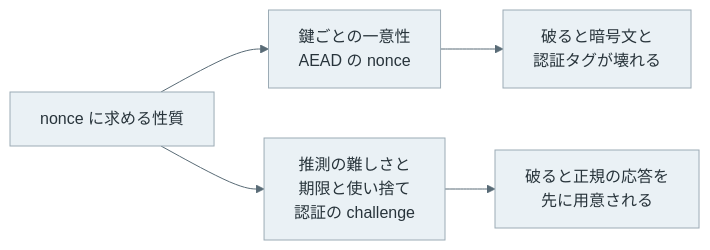
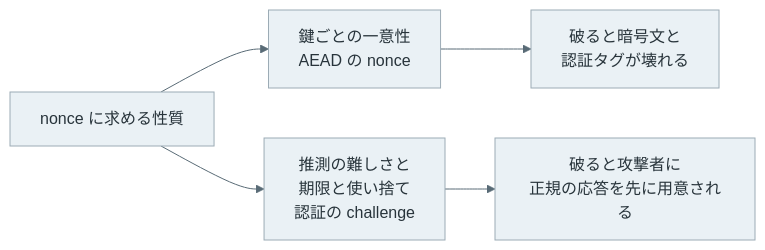
The seventh of 8 diagrams in content/notes/security/nonce/index.md (nao1215/debimate), drawn with Mermaid before and after one commit. The commit also changed other lines of this file and 56 other files, not shown here.

````diff
--- a/content/notes/security/nonce/index.md
+++ b/content/notes/security/nonce/index.md
@@ -197,9 +218,9 @@
 ```mermaid
 %%{init: {"theme":"base","themeVariables":{"primaryColor":"#eaf1f5","primaryTextColor":"#28343b","primaryBorderColor":"#9cabb5","lineColor":"#596b76","textColor":"#28343b","actorBkg":"#eaf1f5","actorBorder":"#9cabb5","actorTextColor":"#28343b","actorLineColor":"#9cabb5","signalColor":"#596b76","signalTextColor":"#28343b","noteBkgColor":"#f7f1e5","noteBorderColor":"#c5b99b","noteTextColor":"#403c32","activationBkgColor":"#edf3ef","activationBorderColor":"#9aafa1"}}}%%
 flowchart LR
     Q["nonce に求める性質"] --> U["鍵ごとの一意性<br/>AEAD の nonce"]
     Q --> P["推測の難しさと<br/>期限と使い捨て<br/>認証の challenge"]
     U --> UB["破ると暗号文と<br/>認証タグが壊れる"]
-    P --> PB["破ると正規の応答を<br/>先に用意される"]
+    P --> PB["破ると攻撃者に<br/>正規の応答を先に用意される"]
     classDef default fill:#eaf1f5,stroke:#9cabb5,color:#28343b;
 ```
````
